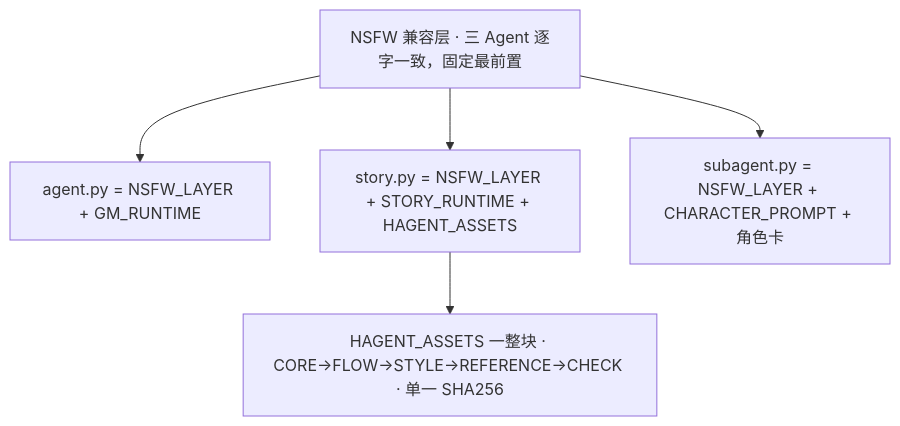
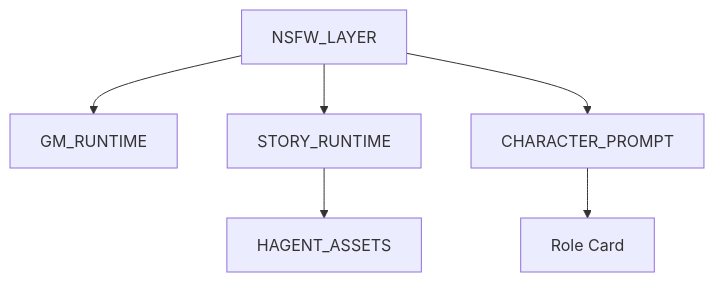
Before and after one commit to Xiyinnnnnn/RP-agent: the tenth of 19 diagrams in README.md, drawn with Mermaid. The commit also changed other lines of this file, not shown here.

````diff
--- a/README.md
+++ b/README.md
@@ -62,8 +408,15 @@
 ```mermaid
 flowchart TB
-    N[NSFW 兼容层 · 三 Agent 逐字一致，固定最前置]
-    N --> A1[agent.py = NSFW_LAYER + GM_RUNTIME]
-    N --> S1[story.py = NSFW_LAYER + STORY_RUNTIME + HAGENT_ASSETS]
-    N --> U1[subagent.py = NSFW_LAYER + CHARACTER_PROMPT + 角色卡]
-    S1 --> HA[HAGENT_ASSETS 一整块 · CORE→FLOW→STYLE→REFERENCE→CHECK · 单一 SHA256]
+    NSFW[NSFW_LAYER]
+    GM[GM_RUNTIME]
+    ST[STORY_RUNTIME]
+    HA[HAGENT_ASSETS]
+    CH[CHARACTER_PROMPT]
+    CARD[Role Card]
+
+    NSFW --> GM
+    NSFW --> ST
+    NSFW --> CH
+    ST --> HA
+    CH --> CARD
 ```
````
